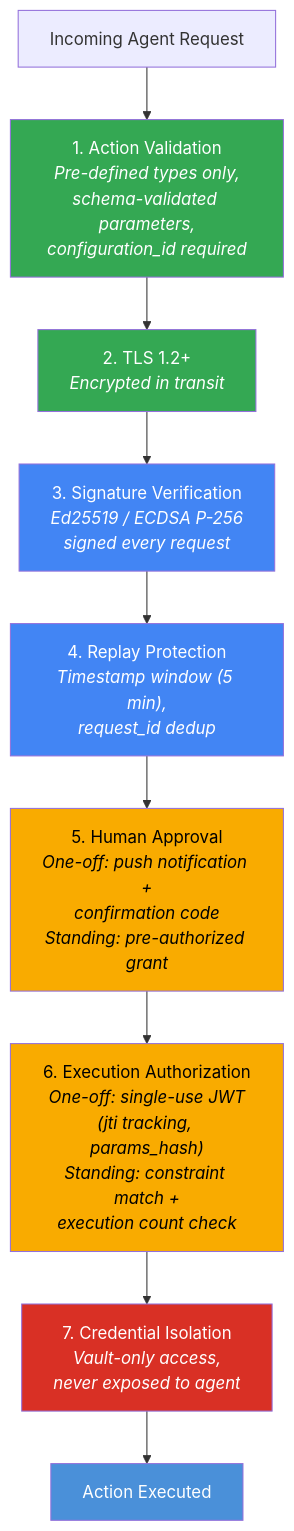
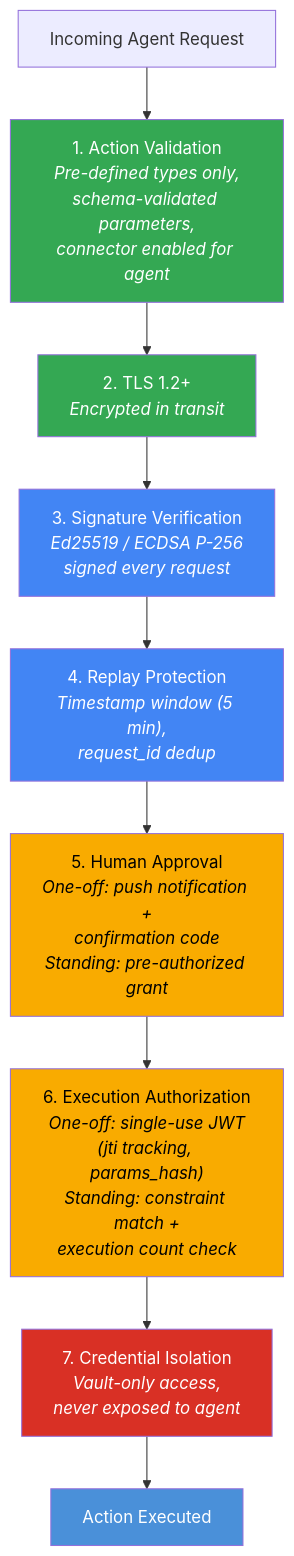
One commit to supersuit-tech/permission-slip changed the sixth of 6 diagrams in docs/architecture.md. Above: the diagram before and after it, drawn with Mermaid. The commit also changed other lines of this file and 4 other files, not shown here.

First line of the commit message:
Phase 4: docs sweep for action configuration removal (#1425) (#1429)

````diff
--- a/docs/architecture.md
+++ b/docs/architecture.md
@@ -277,29 +270,29 @@
 ```mermaid
 graph TB
     Request["Incoming Agent Request"]
 
     Request --> L1
-    L1["1. Action Validation<br/><i>Pre-defined types only,<br/>schema-validated parameters,<br/>configuration_id required</i>"]
+    L1["1. Action Validation<br/><i>Pre-defined types only,<br/>schema-validated parameters,<br/>connector enabled for agent</i>"]
     L1 --> L2
     L2["2. TLS 1.2+<br/><i>Encrypted in transit</i>"]
     L2 --> L3
     L3["3. Signature Verification<br/><i>Ed25519 / ECDSA P-256<br/>signed every request</i>"]
     L3 --> L4
     L4["4. Replay Protection<br/><i>Timestamp window (5 min),<br/>request_id dedup</i>"]
     L4 --> L5
     L5["5. Human Approval<br/><i>One-off: push notification +<br/>confirmation code<br/>Standing: pre-authorized grant</i>"]
     L5 --> L6
     L6["6. Execution Authorization<br/><i>One-off: single-use JWT<br/>(jti tracking, params_hash)<br/>Standing: constraint match +<br/>execution count check</i>"]
     L6 --> L7
     L7["7. Credential Isolation<br/><i>Vault-only access,<br/>never exposed to agent</i>"]
     L7 --> Exec["Action Executed"]
 
     style L1 fill:#34A853,color:#fff
     style L2 fill:#34A853,color:#fff
     style L3 fill:#4285F4,color:#fff
     style L4 fill:#4285F4,color:#fff
     style L5 fill:#F9AB00,color:#000
     style L6 fill:#F9AB00,color:#000
     style L7 fill:#D93025,color:#fff
     style Exec fill:#4A90D9,color:#fff
 ```
````
